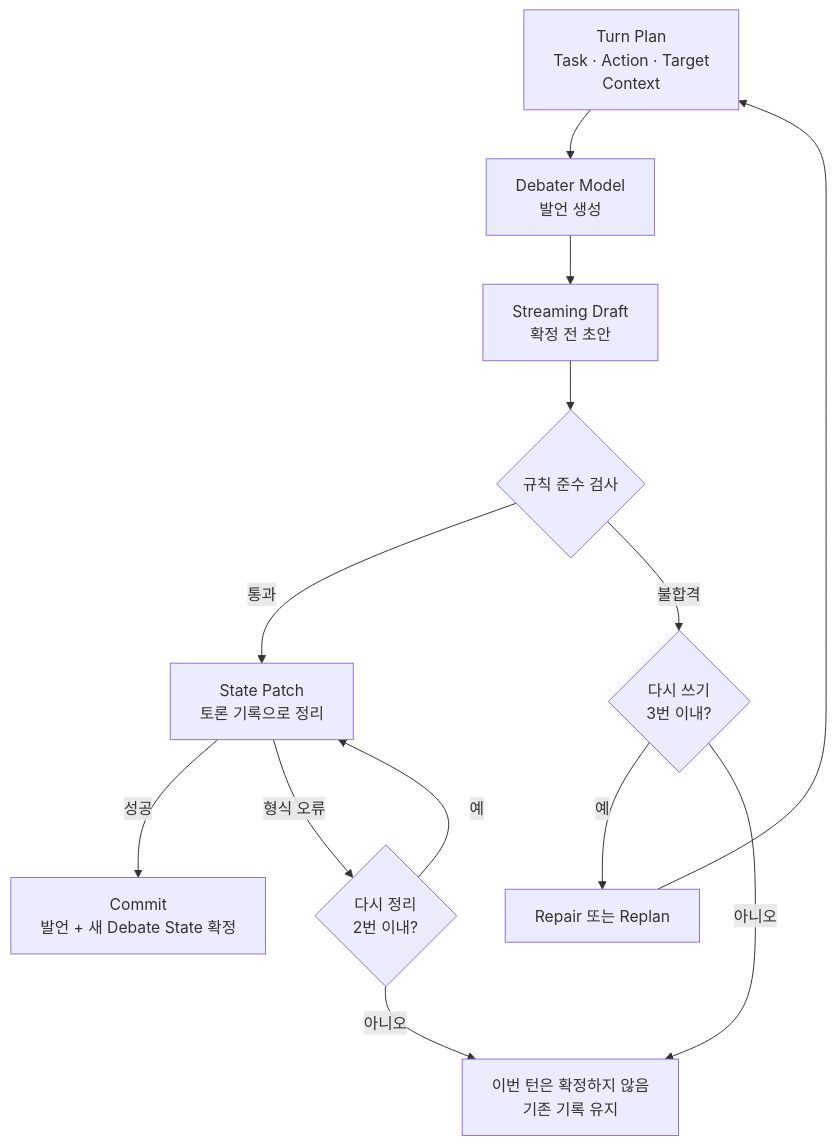
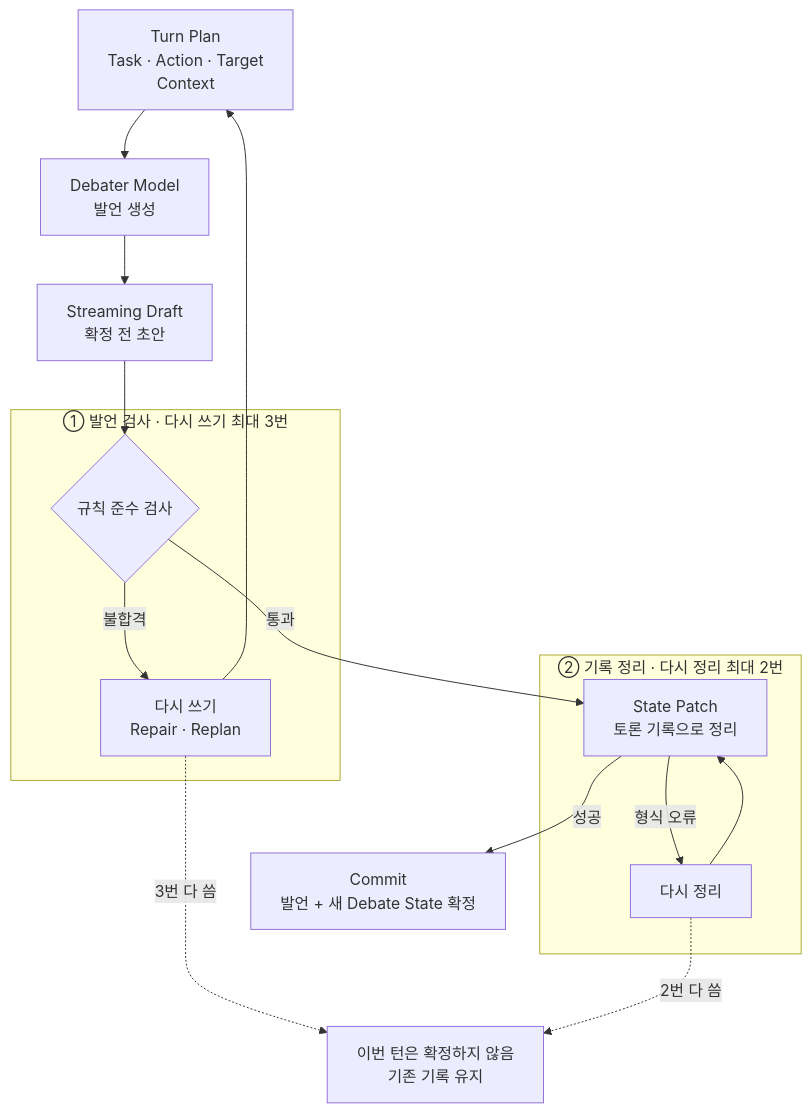
One commit to hodob/A1-3 changed the fifth of 5 diagrams in README.md. Above: the diagram before and after it, drawn with Mermaid. The commit also changed other lines of this file, not shown here.

Commit message:
docs: show Figure 5 retries as two separate stages
Group the rule check (rewrite up to 3) and State Patch (re-extract up
to 2) into labeled stage boxes, route each exhausted budget to "not
committed" with its own dashed edge, and explain that a stage-2
failure never sends the turn back to stage 1.

```diff
--- a/README.md
+++ b/README.md
@@ -332,26 +332,31 @@
 ~~~mermaid
 flowchart TD
     P[Turn Plan<br/>Task · Action · Target<br/>Context]
     G[Debater Model<br/>발언 생성]
     D[Streaming Draft<br/>확정 전 초안]
-    V{규칙 준수 검사}
-    RV{"다시 쓰기<br/>3번 이내?"}
-    R[Repair 또는 Replan]
-    S[State Patch<br/>토론 기록으로 정리]
-    SV{"다시 정리<br/>2번 이내?"}
+
+    subgraph S1["① 발언 검사 · 다시 쓰기 최대 3번"]
+        V{규칙 준수 검사}
+        R[다시 쓰기<br/>Repair · Replan]
+    end
+
+    subgraph S2["② 기록 정리 · 다시 정리 최대 2번"]
+        S[State Patch<br/>토론 기록으로 정리]
+        SR[다시 정리]
+    end
+
     C[Commit<br/>발언 + 새 Debate State 확정]
     X[이번 턴은 확정하지 않음<br/>기존 기록 유지]
 
     P --> G
     G --> D
     D --> V
+    V -->|불합격| R
+    R --> P
     V -->|통과| S
-    V -->|불합격| RV
-    RV -->|예| R
-    R --> P
-    RV -->|아니오| X
+    S -->|형식 오류| SR
+    SR --> S
     S -->|성공| C
-    S -->|형식 오류| SV
-    SV -->|예| S
-    SV -->|아니오| X
+    R -.->|3번 다 씀| X
+    SR -.->|2번 다 씀| X
 ~~~
```
